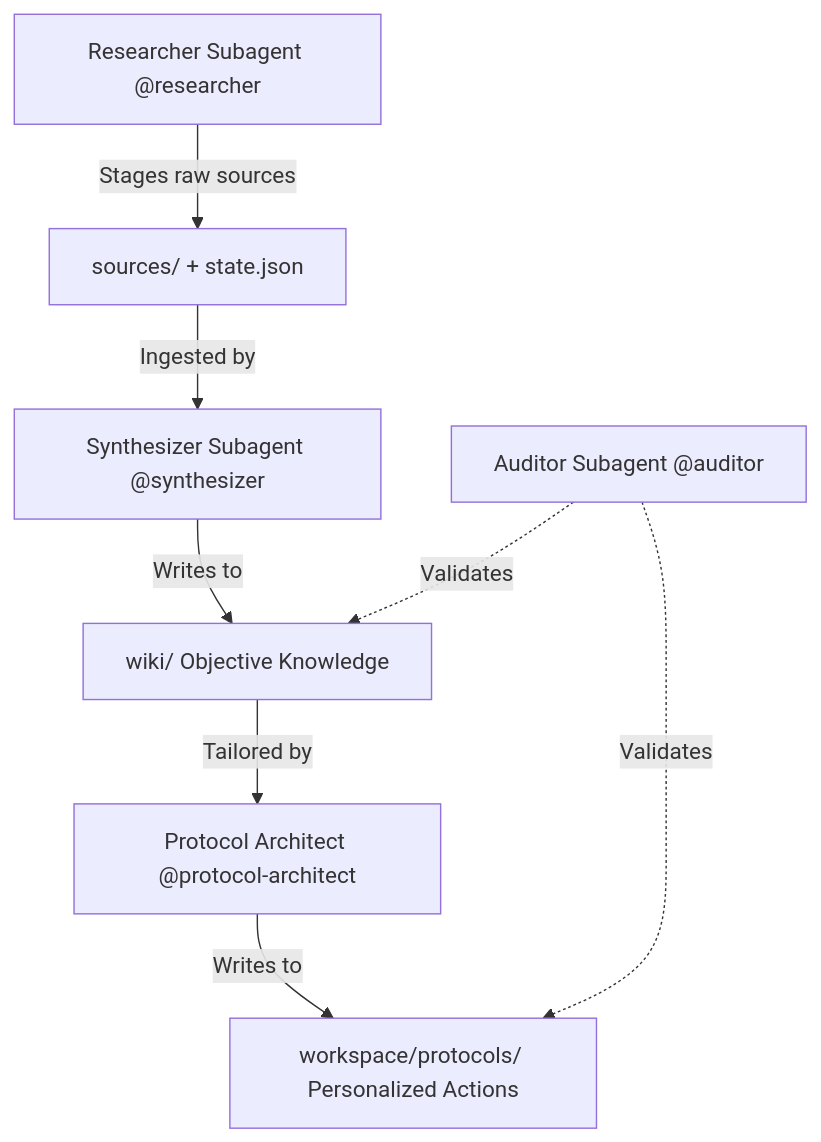
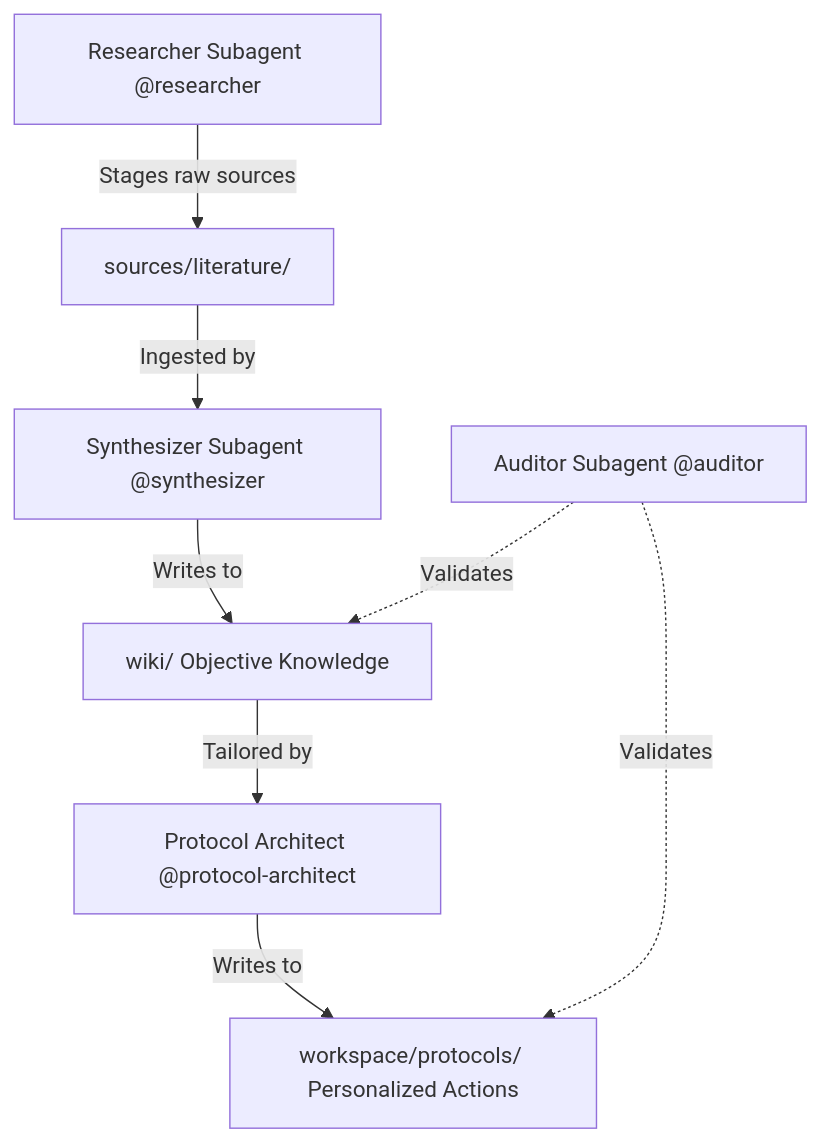
One commit to XicuM/Podarcis changed the diagram in README.md. Above: the diagram before and after it, drawn with Mermaid. The commit also changed other lines of this file and 10 other files, not shown here.

````diff
--- a/README.md
+++ b/README.md
@@ -11,10 +11,10 @@
 ```mermaid
 graph TD
-    Researcher[Researcher Subagent @researcher] -->|Stages raw sources| Sources[sources/ + state.json]
+    Researcher[Researcher Subagent @researcher] -->|Stages raw sources| Sources[sources/literature/]
     Sources -->|Ingested by| Synthesizer[Synthesizer Subagent @synthesizer]
     Synthesizer -->|Writes to| Wiki[wiki/ Objective Knowledge]
     Wiki -->|Tailored by| Architect[Protocol Architect @protocol-architect]
     Architect -->|Writes to| Protocols[workspace/protocols/ Personalized Actions]
     Auditor[Auditor Subagent @auditor] -.->|Validates| Wiki
     Auditor -.->|Validates| Protocols
 ```
````
